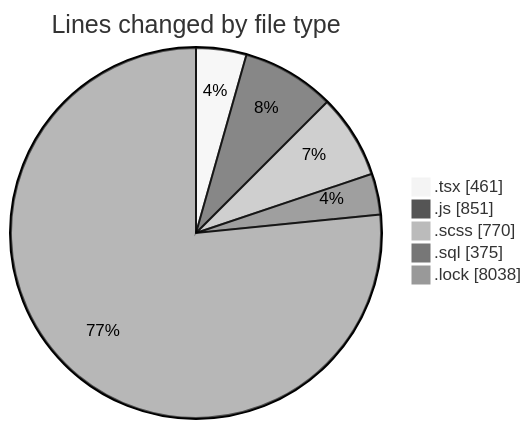
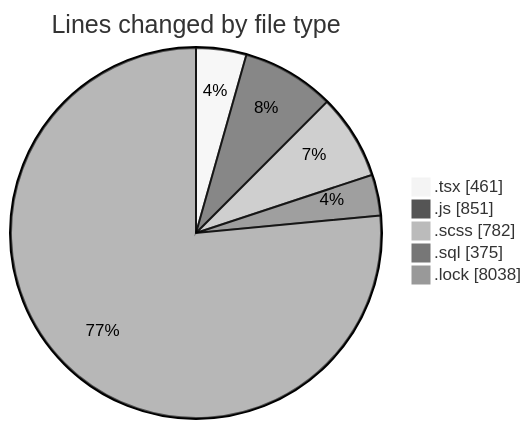
One commit to momahboobian/code-tracking changed the first of 2 diagrams in 2025-03-18/cda/README.md. Above: the diagram before and after it, drawn with Mermaid (neutral theme). The commit also changed other lines of this file and 1 other file, not shown here.

````diff
--- a/2025-03-18/cda/README.md
+++ b/2025-03-18/cda/README.md
@@ -30,9 +30,9 @@
 ```mermaid
 pie showData
 title Lines changed by file type
 ".tsx" : 461
 ".js" : 851
-".scss" : 770
+".scss" : 782
 ".sql" : 375
 ".lock" : 8038
 ```
````
